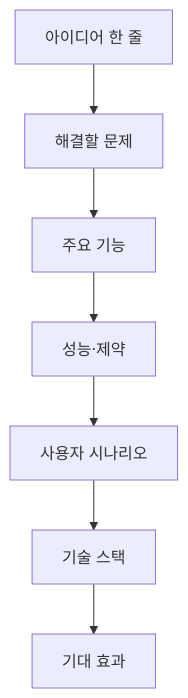
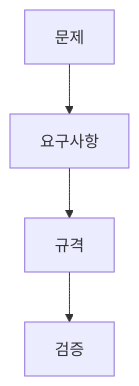
Before and after one commit to umyunsang/edu: the diagram in ComputerScience/03_ai-ml-data/ai-system-design/notes/02. 공학 설계 프로세스와 요구사항.md, drawn with Mermaid. The commit also changed other lines of this file and 4 other files, not shown here.

````diff
--- a/ComputerScience/03_ai-ml-data/ai-system-design/notes/02. 공학 설계 프로세스와 요구사항.md
+++ b/ComputerScience/03_ai-ml-data/ai-system-design/notes/02. 공학 설계 프로세스와 요구사항.md
@@ -129,9 +26,6 @@
 ```mermaid
 flowchart TB
-    A["아이디어 한 줄"] --> B["해결할 문제"]
-    B --> C["주요 기능"]
-    C --> D["성능·제약"]
-    D --> E["사용자 시나리오"]
-    E --> F["기술 스택"]
-    F --> G["기대 효과"]
+    A[문제] --> B[요구사항]
+    B --> C[규격]
+    C --> D[검증]
 ```
````
